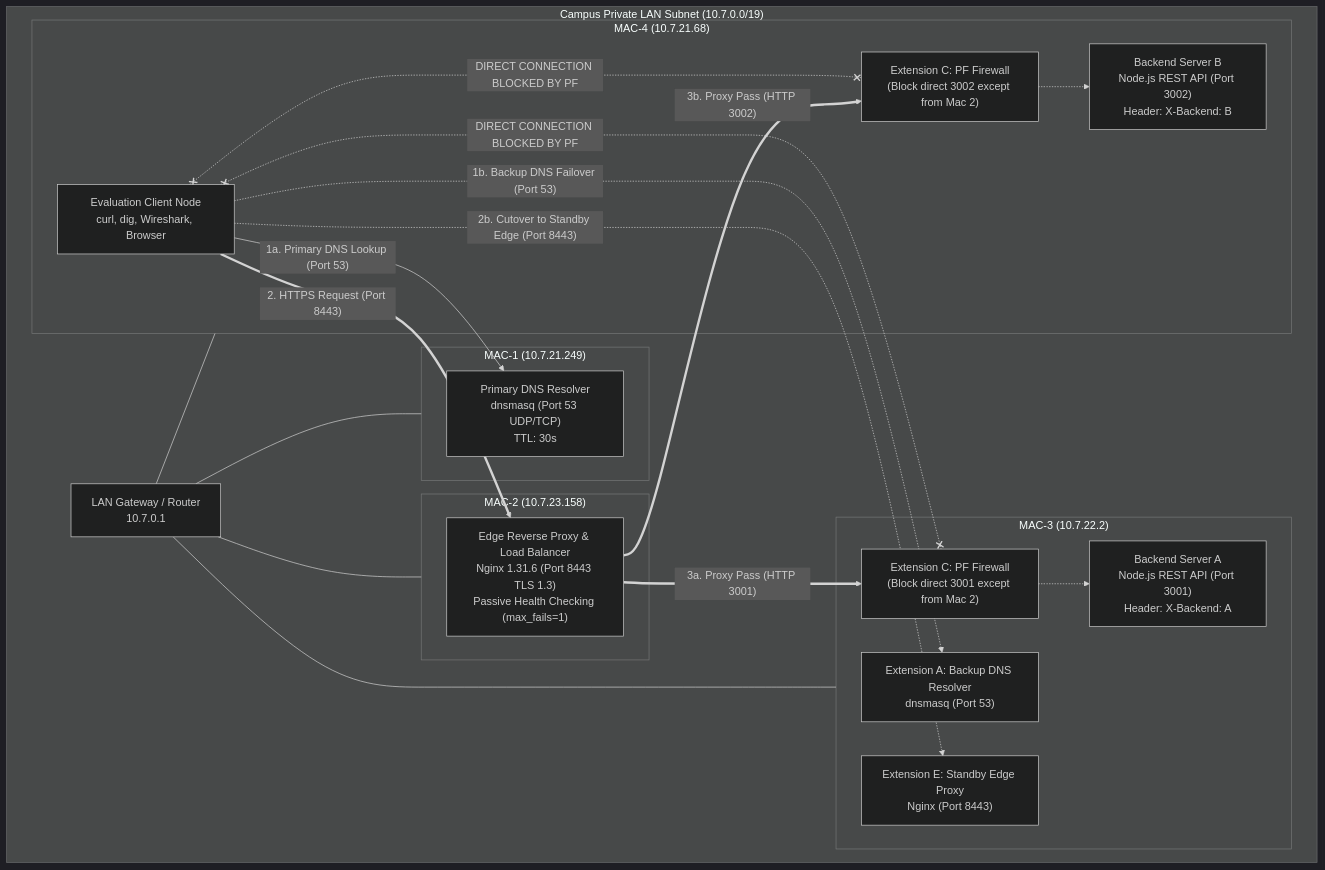
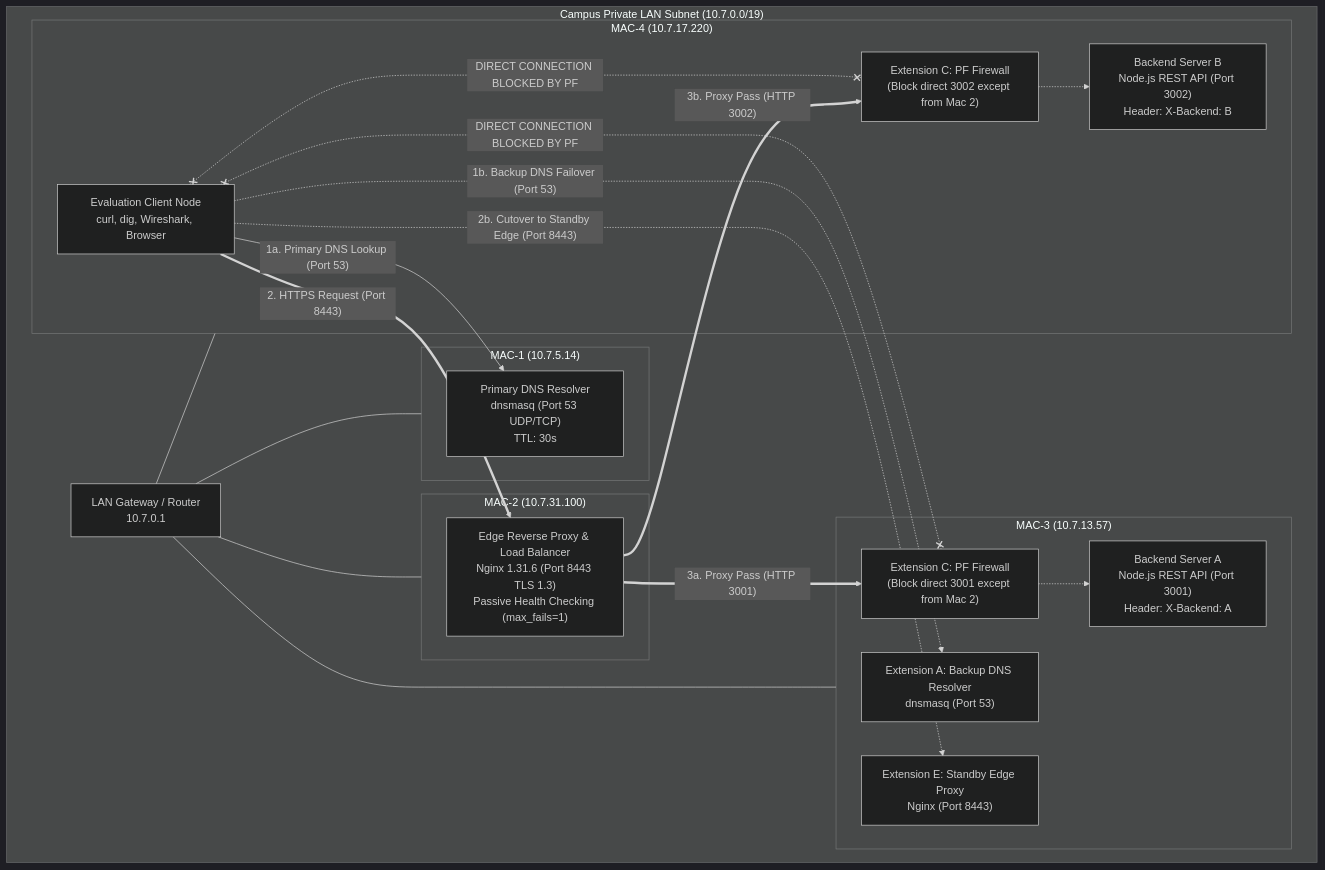
The first of 3 diagrams in ARCHITECTURE.md (Ankit35027/Computer-Networks), drawn with Mermaid (dark theme) before and after one commit. The commit also changed other lines of this file and 2 other files, not shown here.

Commit message:
Docs: Phase 2 report from live results, ARCHITECTURE on current IPs, 11-step demo script

````diff
--- a/ARCHITECTURE.md
+++ b/ARCHITECTURE.md
@@ -26,52 +30,52 @@
 ```mermaid
 flowchart TD
     subgraph LAN ["Campus Private LAN Subnet (10.7.0.0/19)"]
         Router["LAN Gateway / Router<br/>10.7.0.1"]
 
-        subgraph M1 ["MAC-1 (10.7.21.249)"]
+        subgraph M1 ["MAC-1 (10.7.5.14)"]
             DNS1["Primary DNS Resolver<br/>dnsmasq (Port 53 UDP/TCP)<br/>TTL: 30s"]
         end
 
-        subgraph M2 ["MAC-2 (10.7.23.158)"]
+        subgraph M2 ["MAC-2 (10.7.31.100)"]
             EdgeProxy["Edge Reverse Proxy & Load Balancer<br/>Nginx 1.31.6 (Port 8443 TLS 1.3)<br/>Passive Health Checking (max_fails=1)"]
         end
 
-        subgraph M3 ["MAC-3 (10.7.22.2)"]
+        subgraph M3 ["MAC-3 (10.7.13.57)"]
             DNS2["Extension A: Backup DNS Resolver<br/>dnsmasq (Port 53)"]
             PF3["Extension C: PF Firewall<br/>(Block direct 3001 except from Mac 2)"]
             BackendA["Backend Server A<br/>Node.js REST API (Port 3001)<br/>Header: X-Backend: A"]
             StandbyEdge["Extension E: Standby Edge Proxy<br/>Nginx (Port 8443)"]
             
             PF3 -.-> BackendA
         end
 
-        subgraph M4 ["MAC-4 (10.7.21.68)"]
+        subgraph M4 ["MAC-4 (10.7.17.220)"]
             PF4["Extension C: PF Firewall<br/>(Block direct 3002 except from Mac 2)"]
             BackendB["Backend Server B<br/>Node.js REST API (Port 3002)<br/>Header: X-Backend: B"]
             ClientNode["Evaluation Client Node<br/>curl, dig, Wireshark, Browser"]
             
             PF4 -.-> BackendB
         end
 
         Router --- M1
         Router --- M2
         Router --- M3
         Router --- M4
     end
 
     %% Client Resolution Flow
     ClientNode -->|"1a. Primary DNS Lookup (Port 53)"| DNS1
     ClientNode -.->|"1b. Backup DNS Failover (Port 53)"| DNS2
     
     %% Client HTTPS Request Flow
     ClientNode ==>|"2. HTTPS Request (Port 8443)"| EdgeProxy
     ClientNode -.->|"2b. Cutover to Standby Edge (Port 8443)"| StandbyEdge
 
     %% Reverse Proxy Upstream Distribution
     EdgeProxy ==>|"3a. Proxy Pass (HTTP 3001)"| PF3
     EdgeProxy ==>|"3b. Proxy Pass (HTTP 3002)"| PF4
 
     %% Blocked direct unauthorized client access
     ClientNode x-.-x|"DIRECT CONNECTION BLOCKED BY PF"| PF3
     ClientNode x-.-x|"DIRECT CONNECTION BLOCKED BY PF"| PF4
 ```
````
